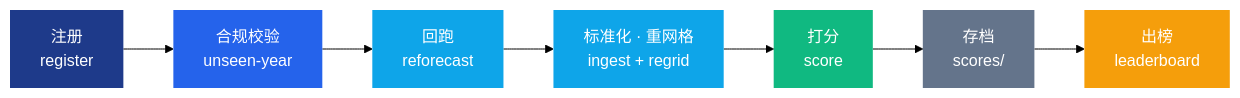
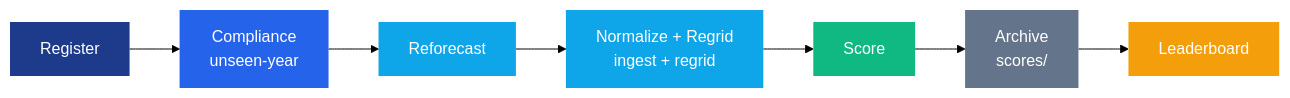
One commit to Hexian-2001/weather-benchmark changed the diagram in README.md. Above: the diagram before and after it, drawn with Mermaid (forest theme). The commit also changed other lines of this file and 17 other files, not shown here.

````diff
--- a/README.md
+++ b/README.md
@@ -41,17 +39,17 @@
 ```mermaid
 flowchart LR
-    A[注册<br/>register] --> B[合规校验<br/>unseen-year]
-    B --> C[回跑<br/>reforecast]
-    C --> D[标准化 · 重网格<br/>ingest + regrid]
-    D --> E[打分<br/>score]
-    E --> F[存档<br/>scores/]
-    F --> G[出榜<br/>leaderboard]
+    A[Register] --> B[Compliance<br/>unseen-year]
+    B --> C[Reforecast]
+    C --> D[Normalize + Regrid<br/>ingest + regrid]
+    D --> E[Score]
+    E --> F[Archive<br/>scores/]
+    F --> G[Leaderboard]
 
     style A fill:#1e3a8a,color:#fff,stroke:none
     style B fill:#2563eb,color:#fff,stroke:none
     style C fill:#0ea5e9,color:#fff,stroke:none
     style D fill:#0ea5e9,color:#fff,stroke:none
     style E fill:#10b981,color:#fff,stroke:none
     style F fill:#64748b,color:#fff,stroke:none
     style G fill:#f59e0b,color:#fff,stroke:none
 ```
````
